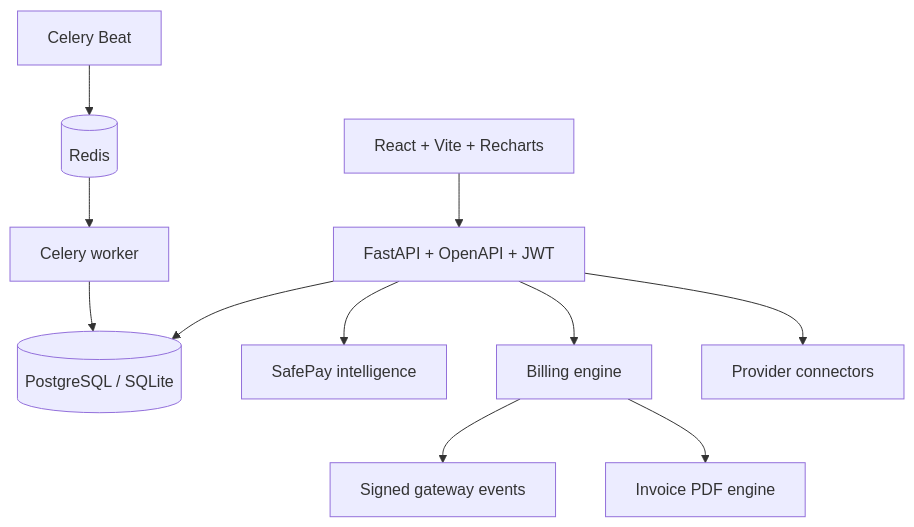
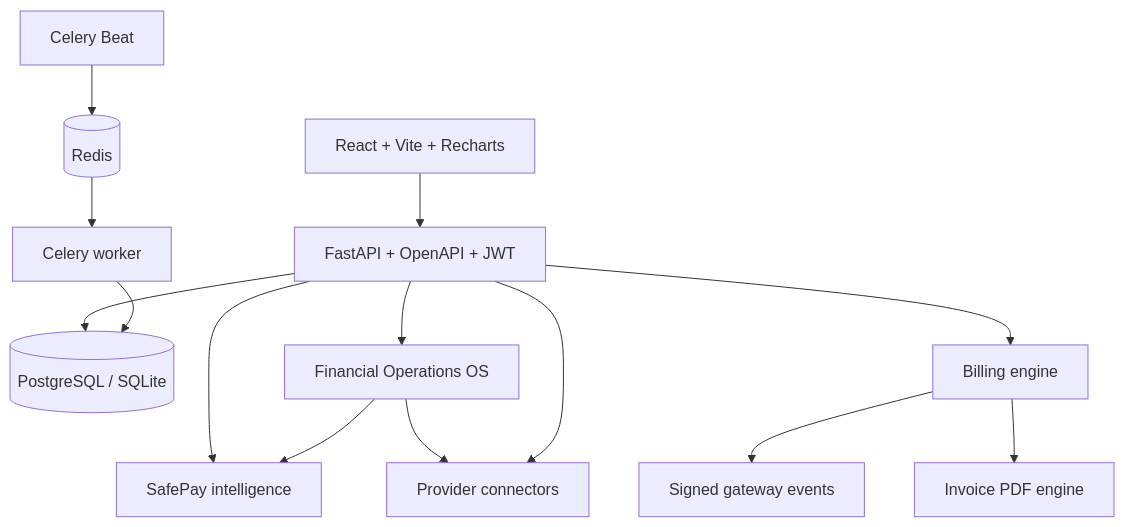
Before and after one commit to Yashovardhan47/AI_finance_manage_system_AI: the diagram in README.md, drawn with Mermaid. The commit also changed other lines of this file and 20 other files, not shown here.

Commit message:
Add Financial Operations OS foundation

````diff
--- a/README.md
+++ b/README.md
@@ -55,12 +62,15 @@
 ```mermaid
 flowchart TB
     UI[React + Vite + Recharts] --> API[FastAPI + OpenAPI + JWT]
     API --> DB[(PostgreSQL / SQLite)]
     API --> AI[SafePay intelligence]
+    API --> OPS[Financial Operations OS]
+    OPS --> AI
+    OPS --> CON
     API --> BILL[Billing engine]
     BILL --> GATE[Signed gateway events]
     BILL --> PDF[Invoice PDF engine]
     BEAT[Celery Beat] --> REDIS[(Redis)] --> WORKER[Celery worker]
     WORKER --> DB
     API --> CON[Provider connectors]
 ```
````
